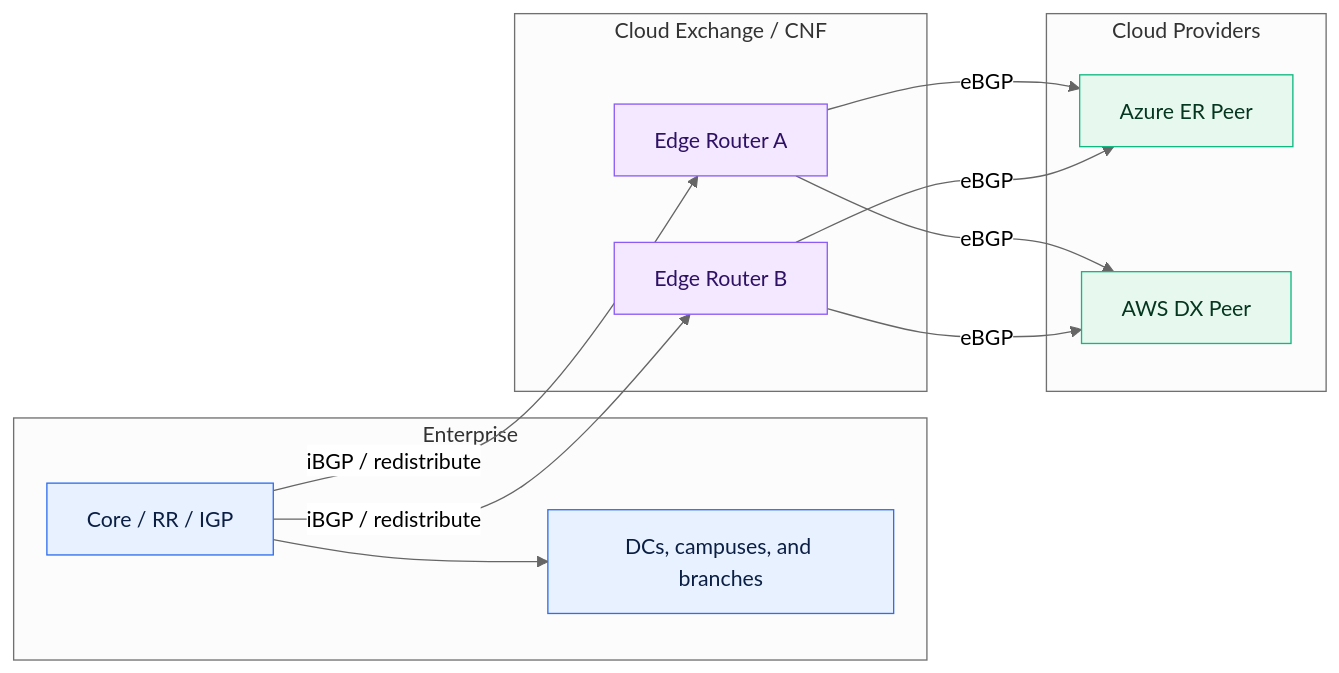
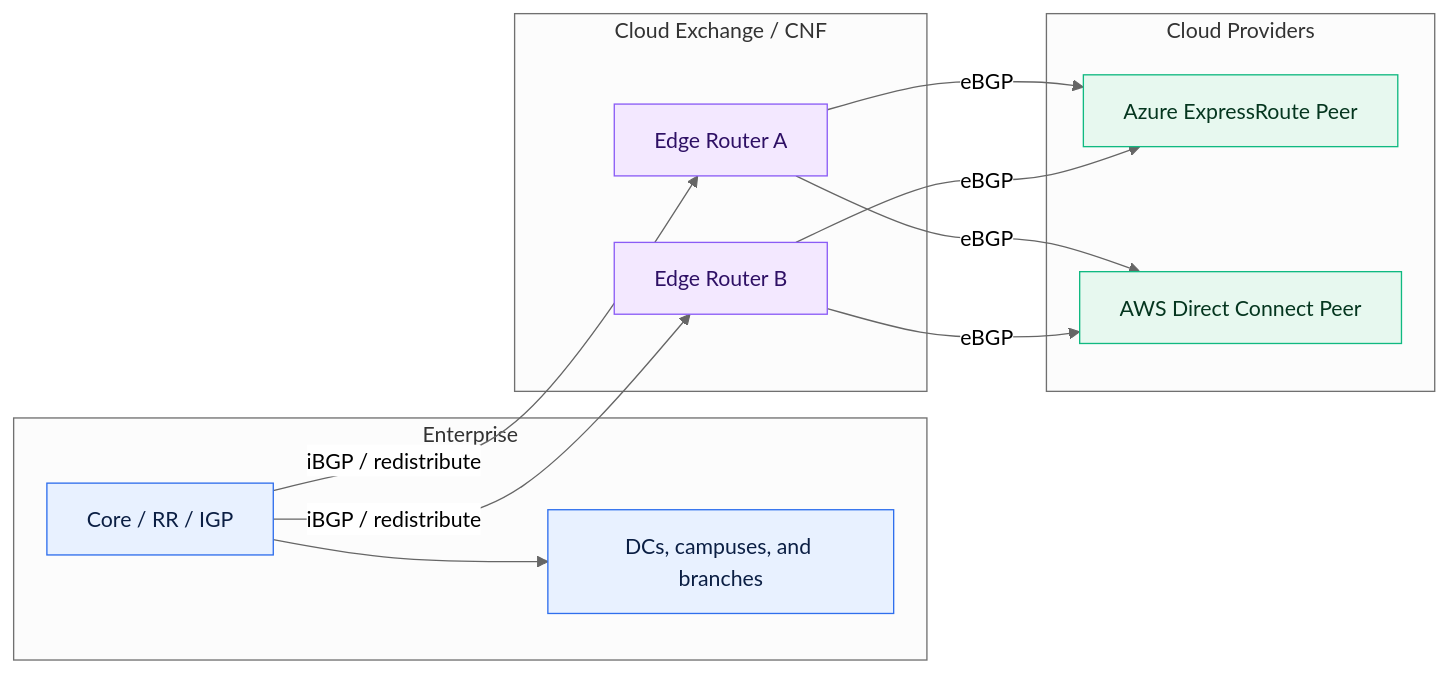
Before and after one commit to simonpainter/www.simonpainter.com: the second of 7 diagrams in blog/bgp-for-enterprise-cloud-connectivity.md, drawn with Mermaid. The commit also changed other lines of this file, not shown here.

Commit message:
Consistency: expand DX/ER to Direct Connect/ExpressRoute

````diff
--- a/blog/bgp-for-enterprise-cloud-connectivity.md
+++ b/blog/bgp-for-enterprise-cloud-connectivity.md
@@ -216,33 +216,33 @@
 ```mermaid
 %%{init: {'theme':'neutral','flowchart':{'curve':'basis'},'themeVariables':{'fontFamily':'Inter, system-ui, -apple-system, Segoe UI, Roboto, Helvetica, Arial'}}}%%
 flowchart LR
   classDef enterprise fill:#E8F1FF,stroke:#2F6FED,stroke-width:1px,color:#0B1F44;
   classDef cloud fill:#E7F8EF,stroke:#10B981,stroke-width:1px,color:#05361F;
   classDef edge fill:#F3E8FF,stroke:#8B5CF6,stroke-width:1px,color:#2E1065;
 
   subgraph Enterprise[Enterprise]
     Core[Core / RR / IGP]:::enterprise
     Sites[DCs, campuses, and branches]:::enterprise
   end
 
   subgraph CNF[Cloud Exchange / CNF]
     ER1[Edge Router A]:::edge
     ER2[Edge Router B]:::edge
   end
 
   subgraph Cloud[Cloud Providers]
-    AZ[Azure ER Peer]:::cloud
-    AWS[AWS DX Peer]:::cloud
+    AZ[Azure ExpressRoute Peer]:::cloud
+    AWS[AWS Direct Connect Peer]:::cloud
   end
 
   Core --> Sites
   Core -- iBGP / redistribute --> ER1
   Core -- iBGP / redistribute --> ER2
 
   ER1 -- eBGP --> AZ
   ER1 -- eBGP --> AWS
   ER2 -- eBGP --> AZ
   ER2 -- eBGP --> AWS
 
   %% CNF provides an L2 handoff to the cloud peers.
 ```
````
